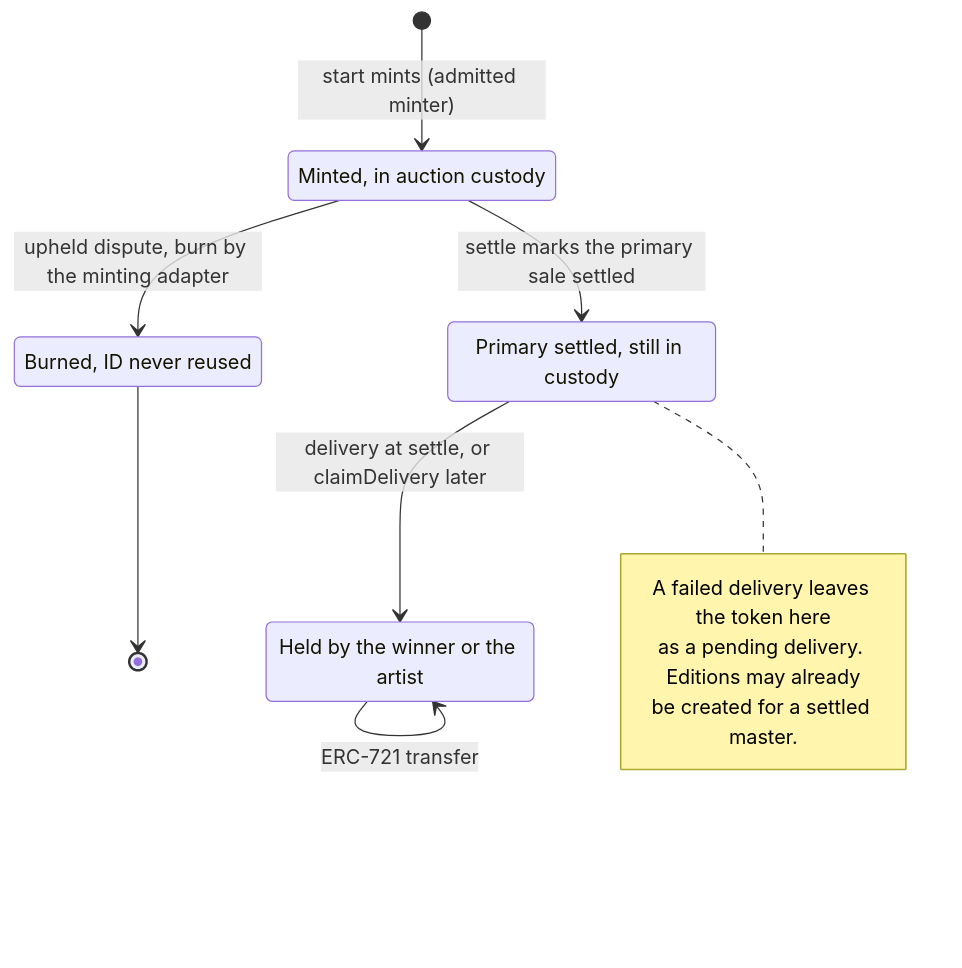
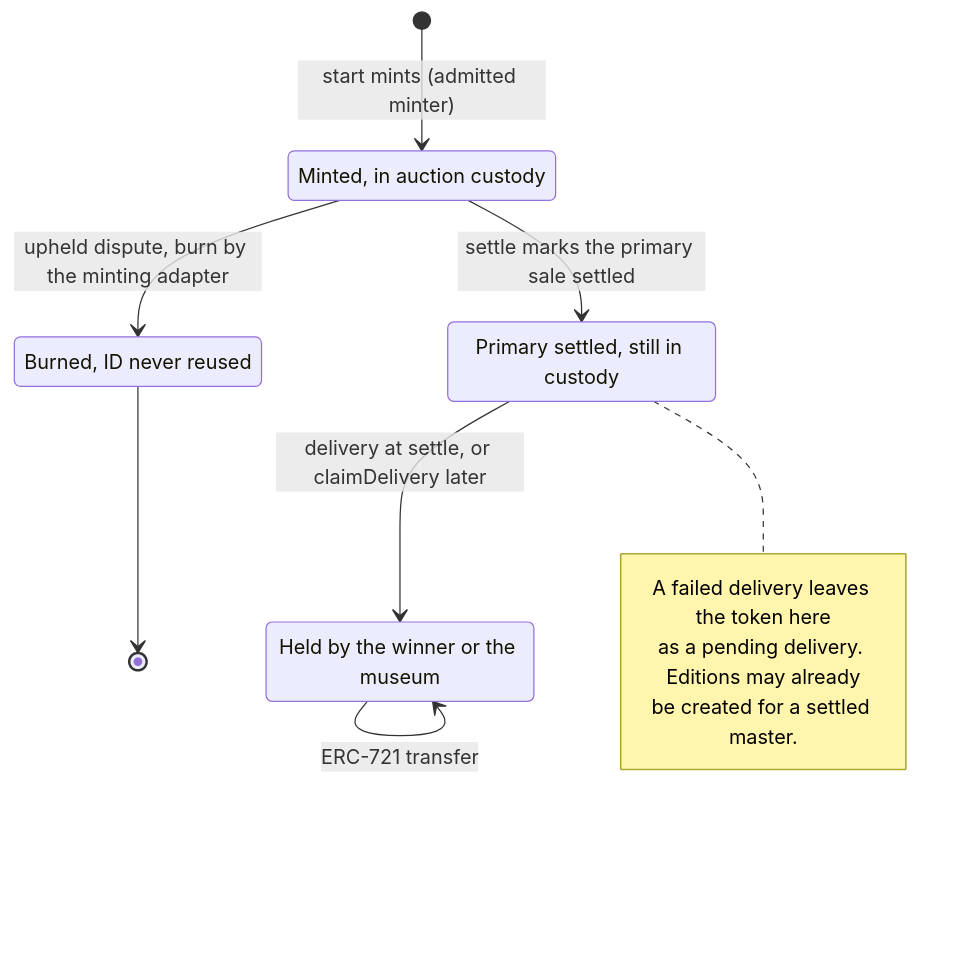
Before and after one commit to 6529-Collections/6529-works: the first of 11 diagrams in docs/spec/stream-and-auctions.md, drawn with Mermaid. The commit also changed other lines of this file and 55 other files, not shown here.

````diff
--- a/docs/spec/stream-and-auctions.md
+++ b/docs/spec/stream-and-auctions.md
@@ -87,18 +96,18 @@
 ```mermaid
 stateDiagram-v2
     state "Minted, in auction custody" as Custody
     state "Primary settled, still in custody" as Settled
-    state "Held by the winner or the artist" as Held
+    state "Held by the winner or the museum" as Held
     state "Burned, ID never reused" as Burned
     [*] --> Custody : start mints (admitted minter)
     Custody --> Burned : upheld dispute, burn by the minting adapter
     Custody --> Settled : settle marks the primary sale settled
     Settled --> Held : delivery at settle, or claimDelivery later
     Held --> Held : ERC-721 transfer
     Burned --> [*]
     note right of Settled
         A failed delivery leaves the token here
         as a pending delivery. Editions may already
         be created for a settled master.
     end note
 ```
````
